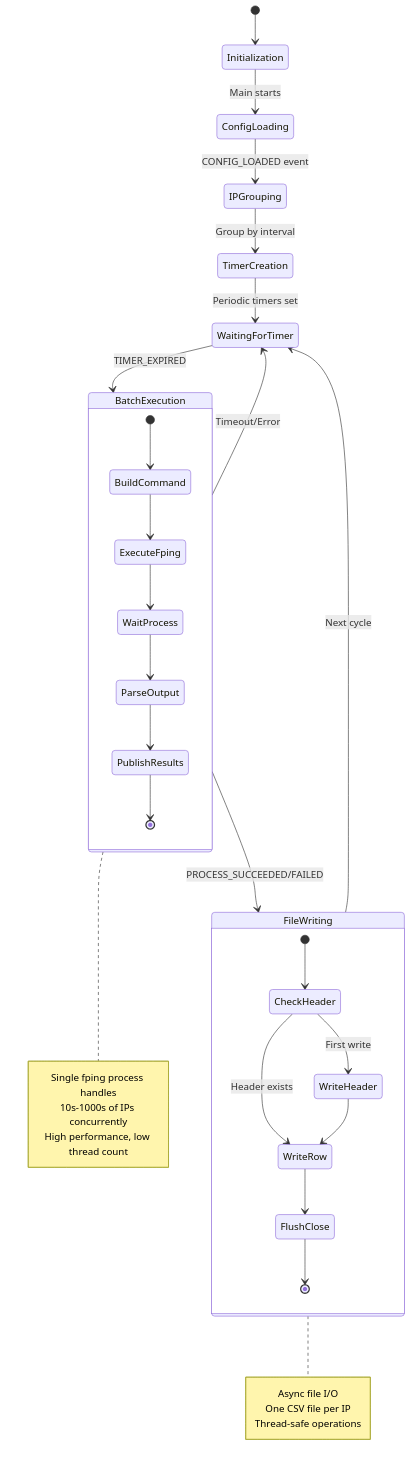
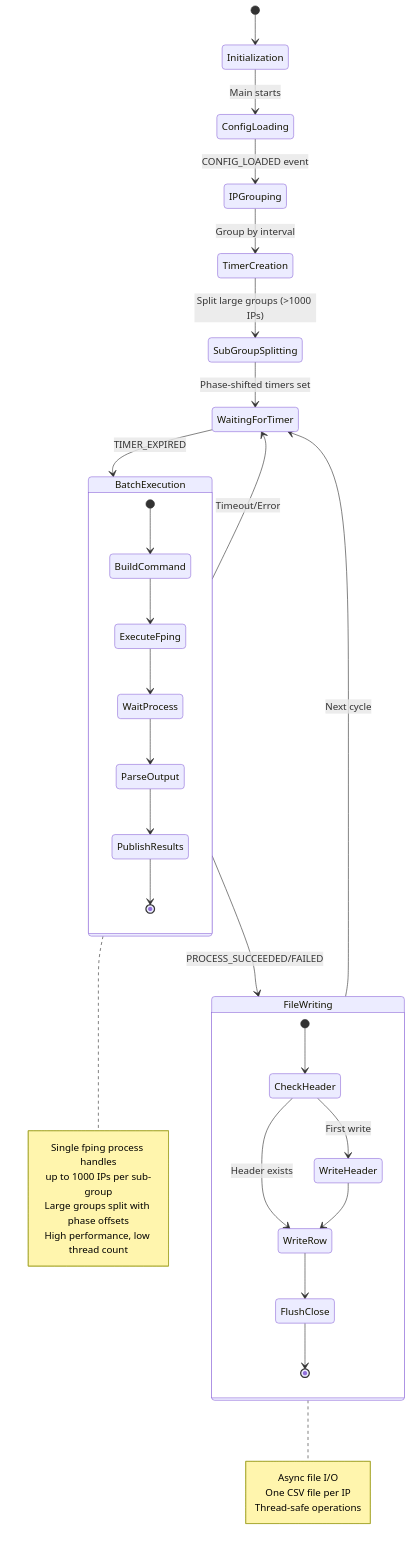
Before and after one commit to PremModhaOfficial/urlPoller: the third of 7 diagrams in architecture.md, drawn with Mermaid. The commit also changed other lines of this file and 19 other files, not shown here.

````diff
--- a/architecture.md
+++ b/architecture.md
@@ -116,47 +117,49 @@
 ```mermaid
 stateDiagram-v2
     [*] --> Initialization
     
     Initialization --> ConfigLoading: Main starts
     ConfigLoading --> IPGrouping: CONFIG_LOADED event
     
     IPGrouping --> TimerCreation: Group by interval
-    TimerCreation --> WaitingForTimer: Periodic timers set
+    TimerCreation --> SubGroupSplitting: Split large groups (>1000 IPs)
+    SubGroupSplitting --> WaitingForTimer: Phase-shifted timers set
     
     WaitingForTimer --> BatchExecution: TIMER_EXPIRED
     
     state BatchExecution {
         [*] --> BuildCommand
         BuildCommand --> ExecuteFping
         ExecuteFping --> WaitProcess
         WaitProcess --> ParseOutput
         ParseOutput --> PublishResults
         PublishResults --> [*]
     }
     
     BatchExecution --> FileWriting: PROCESS_SUCCEEDED/FAILED
     
     state FileWriting {
         [*] --> CheckHeader
         CheckHeader --> WriteHeader: First write
         CheckHeader --> WriteRow: Header exists
         WriteHeader --> WriteRow
         WriteRow --> FlushClose
         FlushClose --> [*]
     }
     
     FileWriting --> WaitingForTimer: Next cycle
     BatchExecution --> WaitingForTimer: Timeout/Error
 
     note right of BatchExecution
         Single fping process handles
-        10s-1000s of IPs concurrently
+        up to 1000 IPs per sub-group
+        Large groups split with phase offsets
         High performance, low thread count
     end note
     
     note right of FileWriting
         Async file I/O
         One CSV file per IP
         Thread-safe operations
     end note
 ```
````
